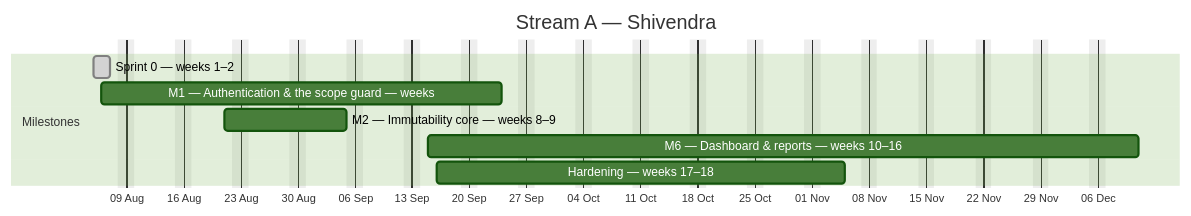
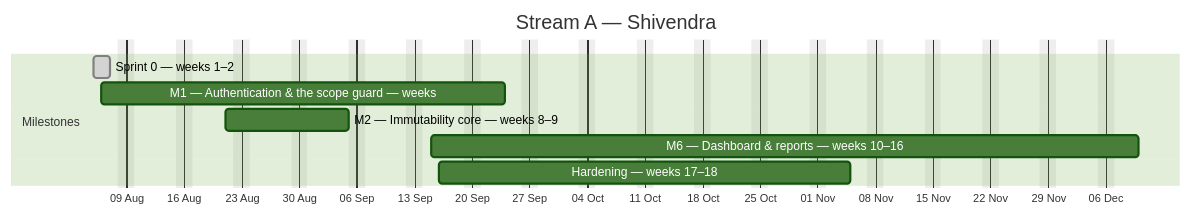
The first of 4 diagrams in docs/plan/GANTT.md (debashisedunext/EduTrack), drawn with Mermaid (forest theme) before and after one commit. The commit also changed other lines of this file and 3 other files, not shown here.

````diff
--- a/docs/plan/GANTT.md
+++ b/docs/plan/GANTT.md
@@ -110,13 +111,13 @@
 ```mermaid
 gantt
     dateFormat YYYY-MM-DD
     axisFormat %d %b
     title Stream A — Shivendra
     excludes weekends
     section Milestones
     Sprint 0 — weeks 1–2 :done, a0, 2026-08-05, 2d
     M1 — Authentication & the scope guard — weeks :a1, 2026-08-06, 35d
     M2 — Immutability core — weeks 8–9 :a2, 2026-08-21, 11d
-    M6 — Dashboard & reports — weeks 10–16 :a3, 2026-09-15, 63d
+    M6 — Dashboard & reports — weeks 10–16 :a3, 2026-09-15, 62d
     Hardening — weeks 17–18 :a4, 2026-09-16, 36d
 ```
````
